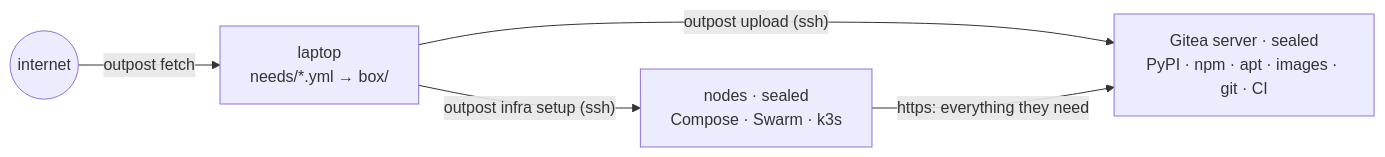
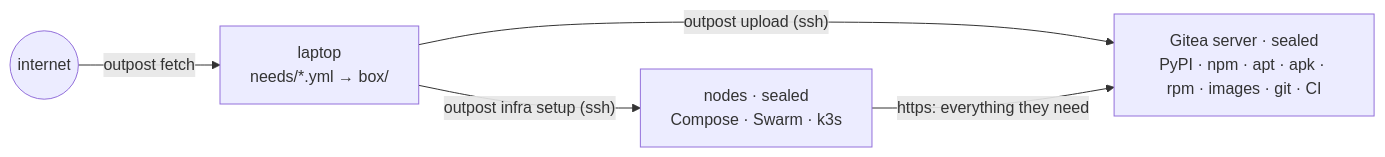
Before and after one commit to bshadmehr98/outpost: the diagram in README.md, drawn with Mermaid. The commit also changed other lines of this file and 54 other files, not shown here.

````diff
--- a/README.md
+++ b/README.md
@@ -19,7 +19,7 @@
 ```mermaid
 flowchart LR
     I(("internet")) -- "outpost fetch" --> L["laptop<br/>needs/*.yml → box/"]
-    L -- "outpost upload (ssh)" --> G["Gitea server · sealed<br/>PyPI · npm · apt · images · git · CI"]
+    L -- "outpost upload (ssh)" --> G["Gitea server · sealed<br/>PyPI · npm · apt · apk · rpm · images · git · CI"]
     L -- "outpost infra setup (ssh)" --> N["nodes · sealed<br/>Compose · Swarm · k3s"]
     N -- "https: everything they need" --> G
 ```
````
